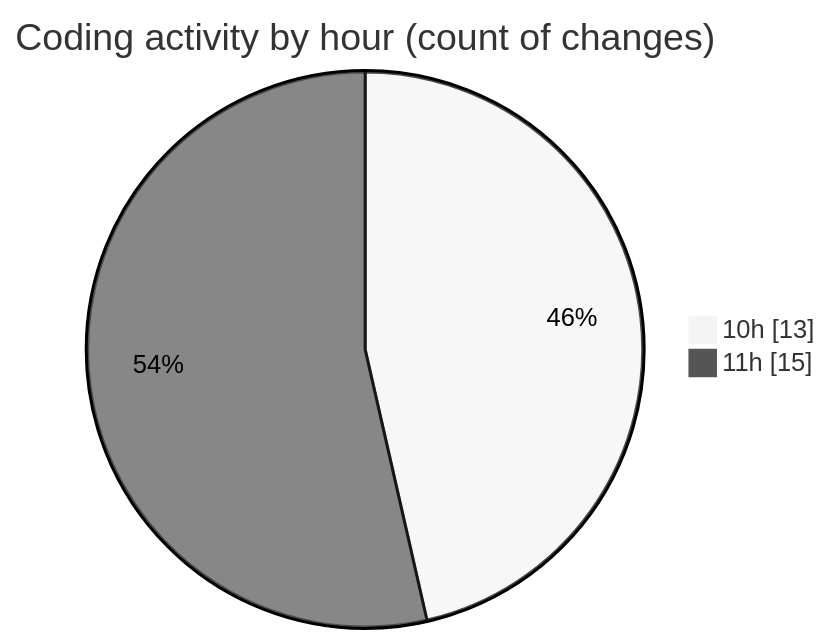
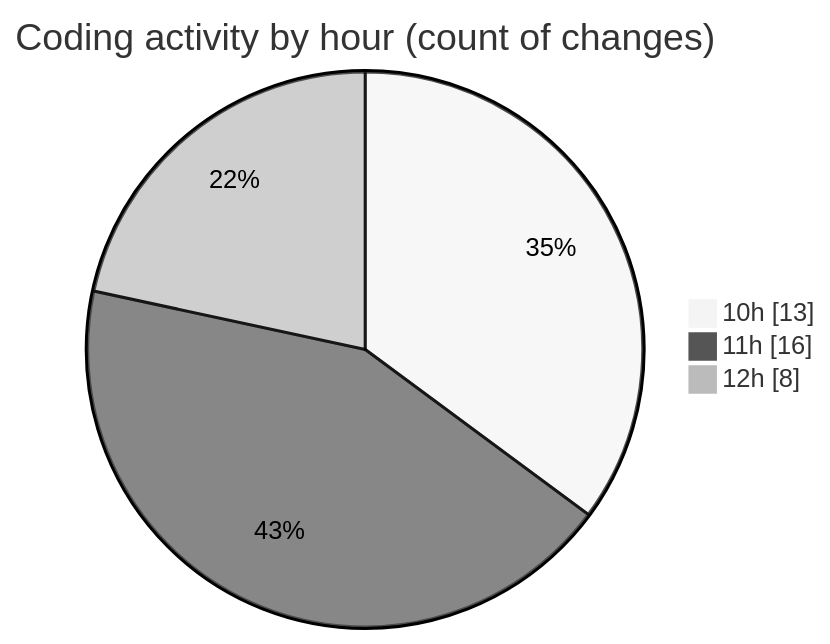
The second of 2 diagrams in 2025-05-27/cda/README.md (momahboobian/code-tracking), drawn with Mermaid (neutral theme) before and after one commit. The commit also changed other lines of this file and 1 other file, not shown here.

````diff
--- a/2025-05-27/cda/README.md
+++ b/2025-05-27/cda/README.md
@@ -38,6 +38,7 @@
 ```mermaid
 pie showData
 title Coding activity by hour (count of changes)
 "10h" : 13
-"11h" : 15
+"11h" : 16
+"12h" : 8
 ```
````
